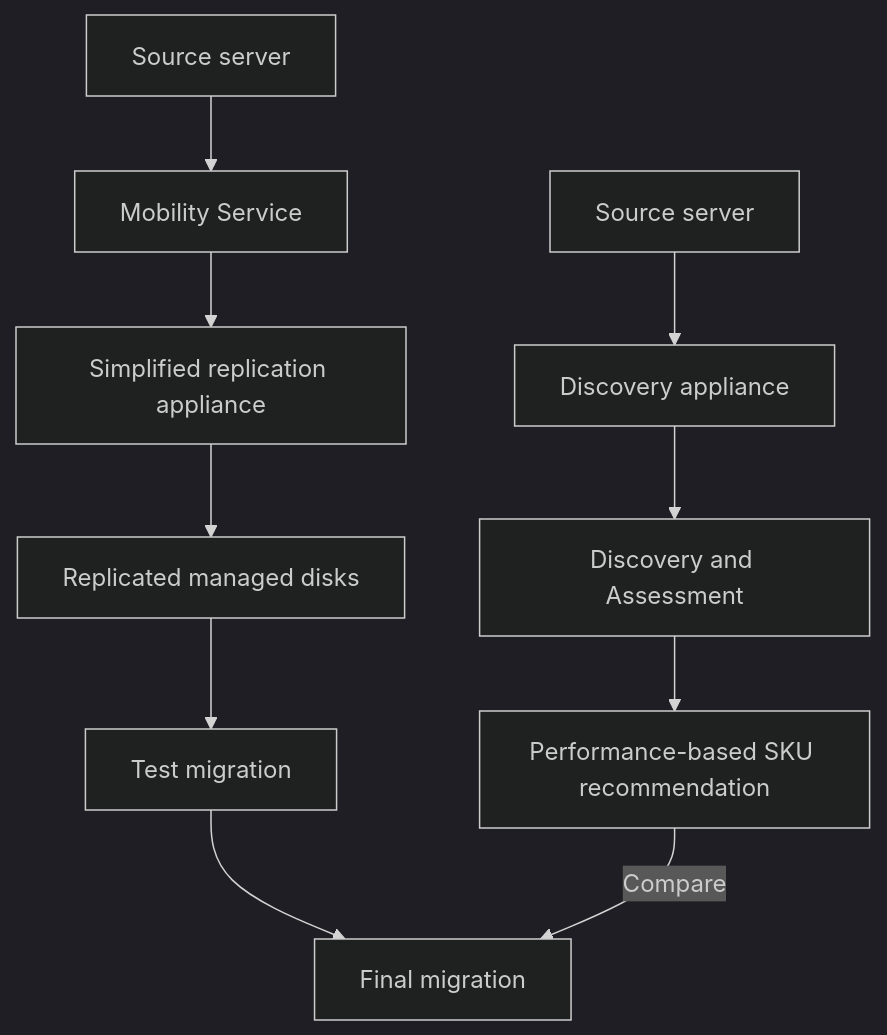
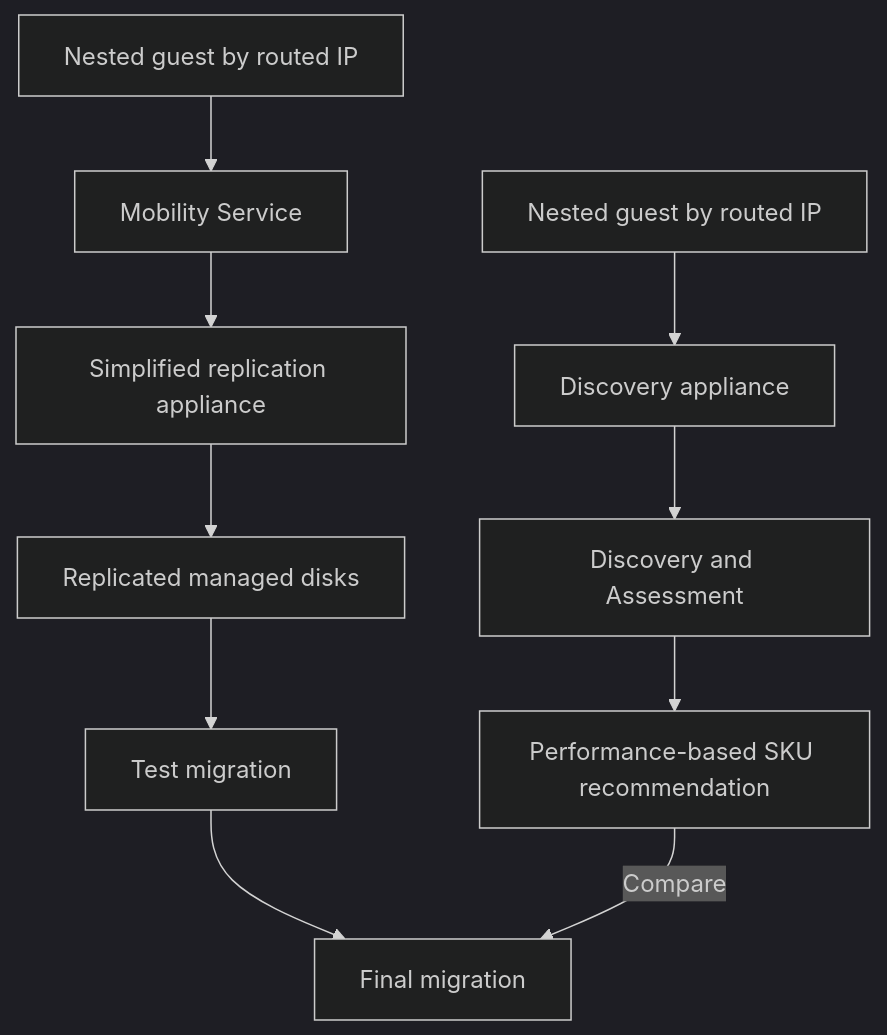
The second of 2 diagrams in README.md (danilofantinato/azure-migrate-lab), drawn with Mermaid (dark theme) before and after one commit. The commit also changed other lines of this file and 21 other files, not shown here.

First line of the commit message:
feat: simulate physical sources with nested Hyper-V

````diff
--- a/README.md
+++ b/README.md
@@ -63,17 +68,17 @@
 ```mermaid
 flowchart TB
     accTitle: Discovery and migration workflow separation
-    accDescr: Compares the agentless discovery and assessment path with the Mobility Service and simplified replication path used for migration.
+    accDescr: Compares discovery and assessment with Mobility Service replication for nested guests registered as physical or other servers.
 
-    SourceA[Source server] --> DiscoveryAppliance[Discovery appliance]
+    GuestA[Nested guest by routed IP] --> DiscoveryAppliance[Discovery appliance]
     DiscoveryAppliance --> Assessment[Discovery and Assessment]
     Assessment --> Recommendation[Performance-based SKU recommendation]
 
-    SourceB[Source server] --> Mobility[Mobility Service]
+    GuestB[Nested guest by routed IP] --> Mobility[Mobility Service]
     Mobility --> ReplicationAppliance[Simplified replication appliance]
     ReplicationAppliance --> ReplicatedDisks[Replicated managed disks]
     ReplicatedDisks --> TestMigration[Test migration]
     TestMigration --> FinalMigration[Final migration]
 
     Recommendation -->|Compare| FinalMigration
 ```
````
